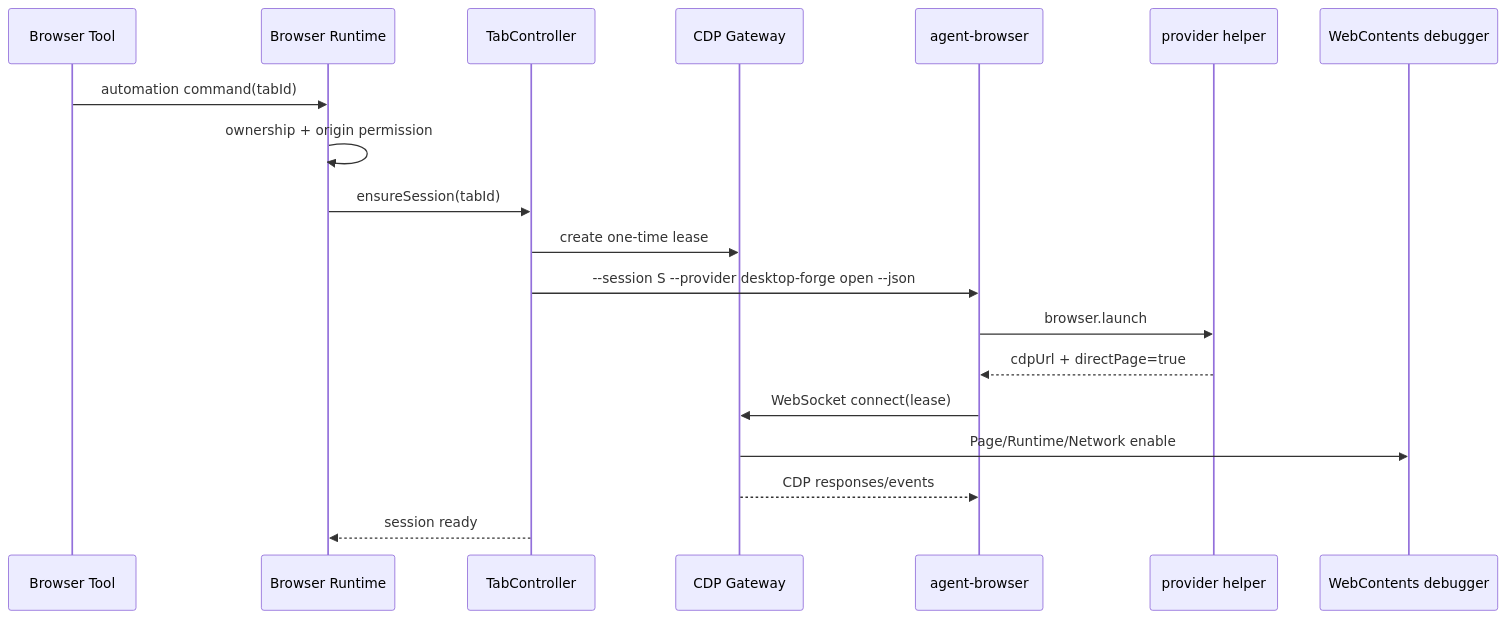
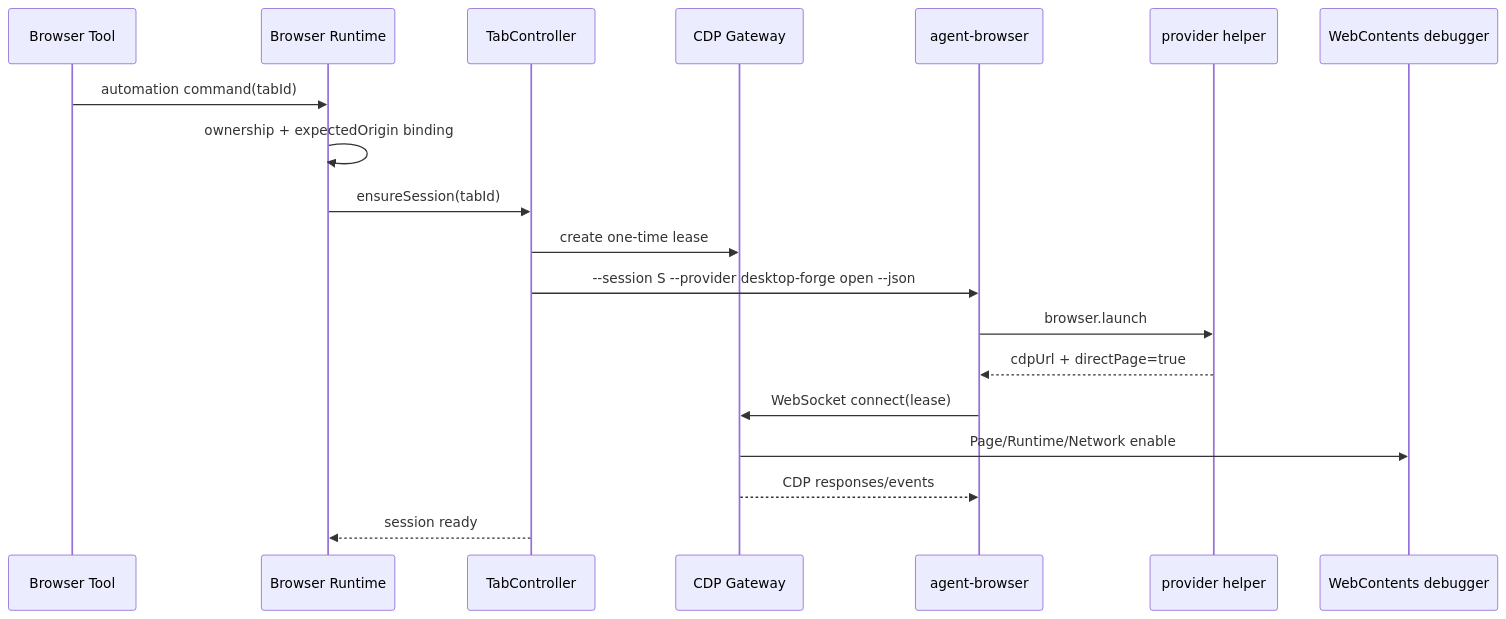
The second of 2 diagrams in packages/desktop-forge/AGENT_BROWSER_TARGET_ARCHITECTURE.md (zuoxiatian/opencode), drawn with Mermaid before and after one commit. The commit also changed other lines of this file and 37 other files, not shown here.

````diff
--- a/packages/desktop-forge/AGENT_BROWSER_TARGET_ARCHITECTURE.md
+++ b/packages/desktop-forge/AGENT_BROWSER_TARGET_ARCHITECTURE.md
@@ -588,22 +588,22 @@
 ```mermaid
 sequenceDiagram
     participant Tool as Browser Tool
     participant Runtime as Browser Runtime
     participant Controller as TabController
     participant Gateway as CDP Gateway
     participant AB as agent-browser
     participant Provider as provider helper
     participant Tab as WebContents debugger
 
     Tool->>Runtime: automation command(tabId)
-    Runtime->>Runtime: ownership + origin permission
+    Runtime->>Runtime: ownership + expectedOrigin binding
     Runtime->>Controller: ensureSession(tabId)
     Controller->>Gateway: create one-time lease
     Controller->>AB: --session S --provider desktop-forge open --json
     AB->>Provider: browser.launch
     Provider-->>AB: cdpUrl + directPage=true
     AB->>Gateway: WebSocket connect(lease)
     Gateway->>Tab: Page/Runtime/Network enable
     Gateway-->>AB: CDP responses/events
     Controller-->>Runtime: session ready
 ```
````
